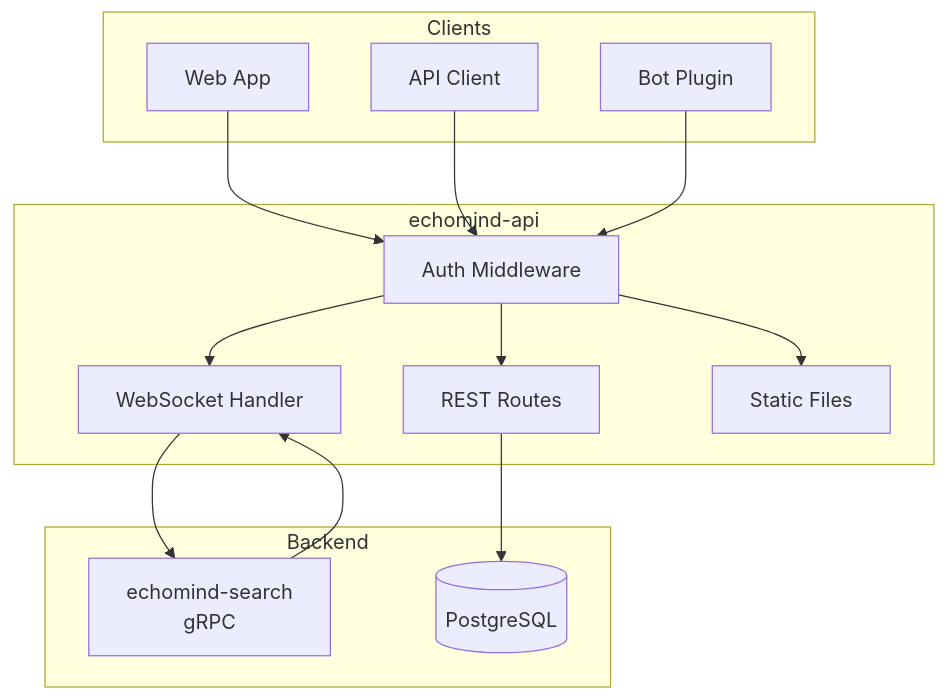
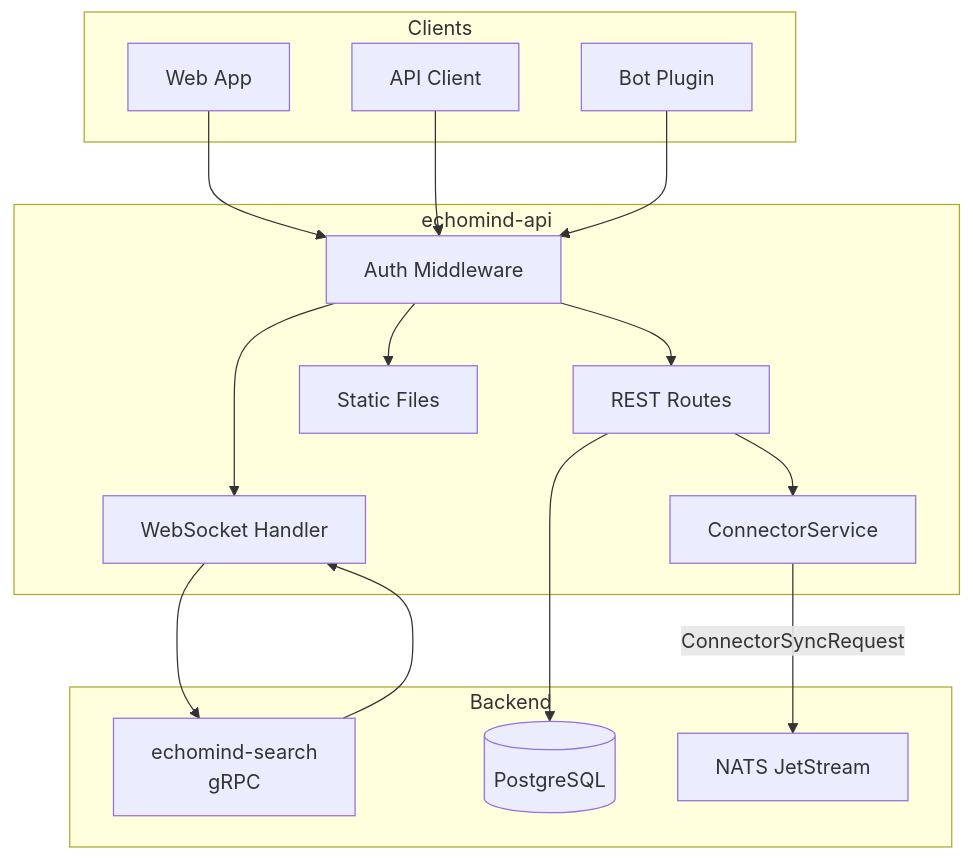
One commit to gen-mind/EchoMind changed the first of 3 diagrams in docs/services/api-service.md. Above: the diagram before and after it, drawn with Mermaid. The commit also changed other lines of this file and 6 other files, not shown here.

````diff
--- a/docs/services/api-service.md
+++ b/docs/services/api-service.md
@@ -25,26 +25,30 @@
 ```mermaid
 flowchart TB
     subgraph Clients
         WEB[Web App]
         CLI[API Client]
         BOT[Bot Plugin]
     end
 
     subgraph API["echomind-api"]
         AUTH[Auth Middleware]
         REST[REST Routes]
         WS[WebSocket Handler]
         STATIC[Static Files]
+        SVC[ConnectorService]
     end
 
     subgraph Backend
         SEARCH[echomind-search<br/>gRPC]
         DB[(PostgreSQL)]
+        NATS[NATS JetStream]
     end
 
     WEB & CLI & BOT --> AUTH
     AUTH --> REST & WS & STATIC
     REST --> DB
+    REST --> SVC
+    SVC -->|ConnectorSyncRequest| NATS
     WS --> SEARCH
     SEARCH --> WS
 ```
````
